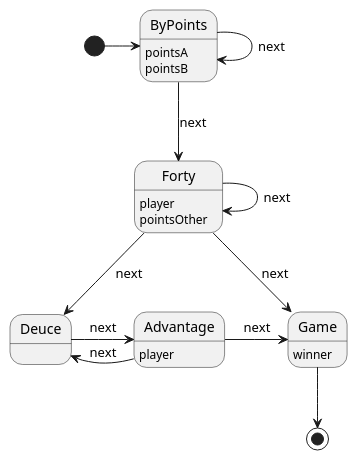
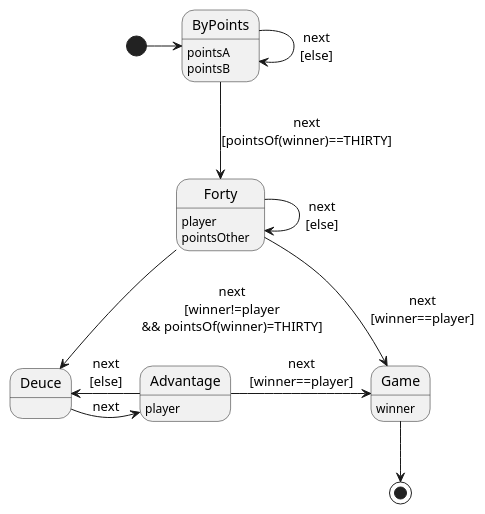
Before and after one commit to isel-leic-tds/2223v.31n: the diagram in Tennis/src/main/kotlin/pt/isel/tds/tennis/oo/StatesOO.puml, drawn with PlantUML. The commit also changed 7 other files, not shown here.

```diff
--- a/Tennis/src/main/kotlin/pt/isel/tds/tennis/oo/StatesOO.puml
+++ b/Tennis/src/main/kotlin/pt/isel/tds/tennis/oo/StatesOO.puml
@@ -1,24 +1,24 @@
 @startuml
 'https://plantuml.com/state-diagram
 
 [*] -> ByPoints
 
-ByPoints --> ByPoints : next
-ByPoints --> Forty : next
-Forty --> Forty : next
-Forty --> Deuce : next
-Forty --> Game : next
+ByPoints --> ByPoints : next\n[else]
+ByPoints --> Forty : next\n[pointsOf(winner)==THIRTY]
+Forty --> Forty : next\n[else]
+Forty --> Deuce : next\n[winner!=player\n&& pointsOf(winner)=THIRTY]
+Forty --> Game : next\n[winner==player]
 Deuce -> Advantage : next
-Advantage -> Game : next
-Advantage -> Deuce : next
+Advantage -> Game : next\n[winner==player]
+Advantage -> Deuce : next\n[else]
 
 Game --> [*]
 
 ByPoints : pointsA
 ByPoints : pointsB
 Advantage : player
 Game : winner
 Forty : player
 Forty : pointsOther
 
 @enduml
```
